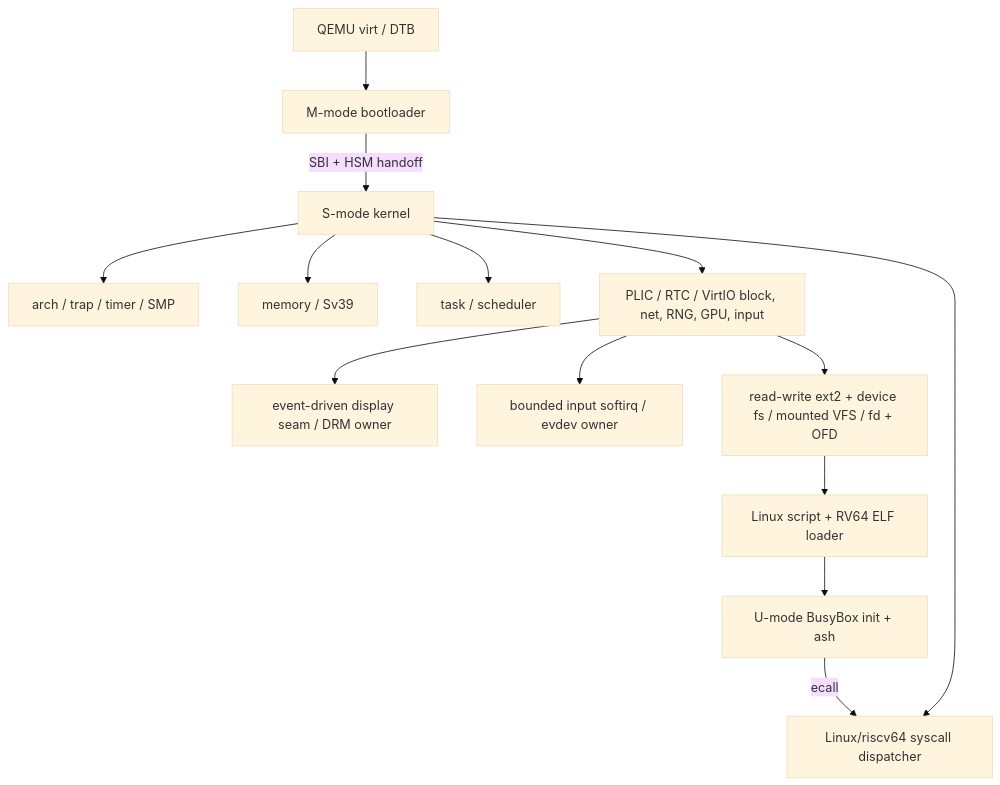
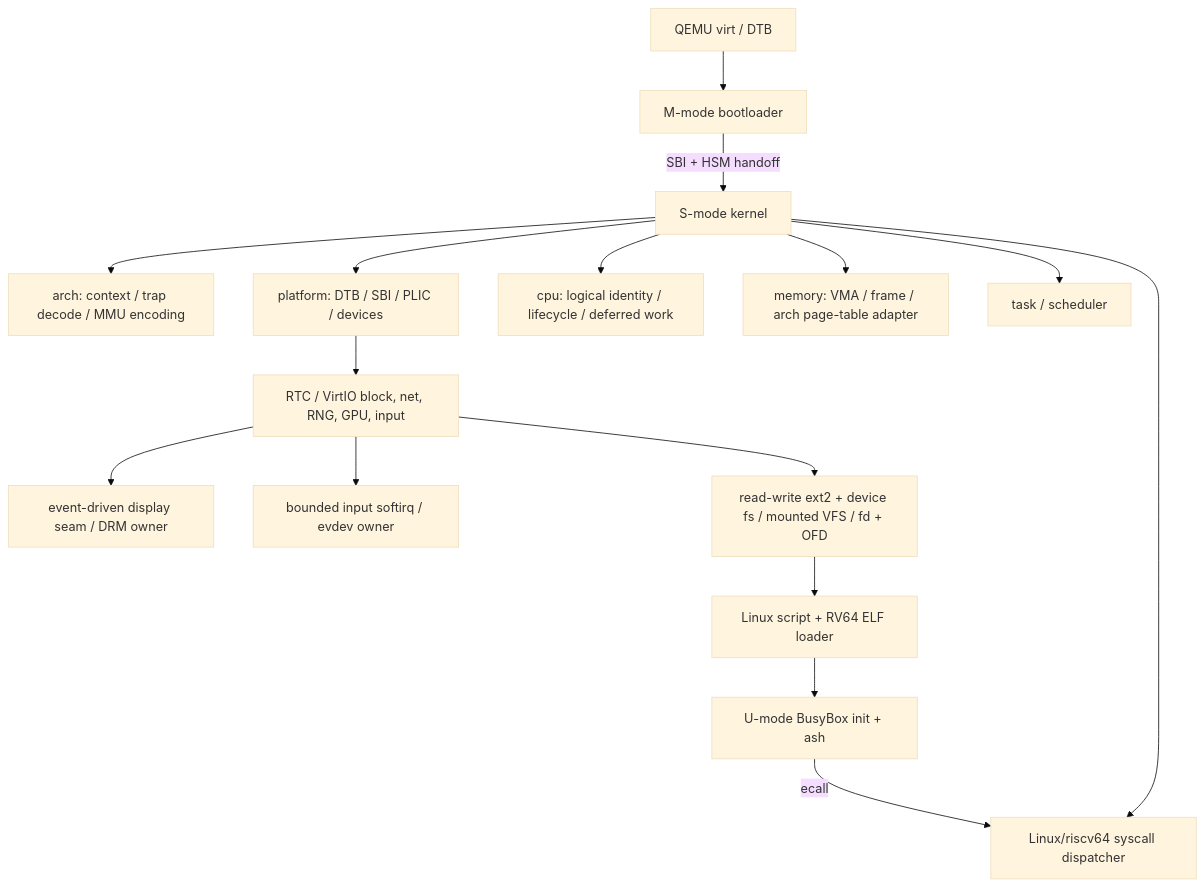
The diagram in docs/architecture.md (gitwillsky/lite_os), drawn with Mermaid (base theme) before and after one commit. The commit also changed other lines of this file and 108 other files, not shown here.

````diff
--- a/docs/architecture.md
+++ b/docs/architecture.md
@@ -27,16 +27,18 @@
 ```mermaid
 flowchart TD
     Q["QEMU virt / DTB"] --> B["M-mode bootloader"]
     B -->|"SBI + HSM handoff"| K["S-mode kernel"]
-    K --> A["arch / trap / timer / SMP"]
-    K --> M["memory / Sv39"]
+    K --> A["arch: context / trap decode / MMU encoding"]
+    K --> P["platform: DTB / SBI / PLIC / devices"]
+    K --> C["cpu: logical identity / lifecycle / deferred work"]
+    K --> M["memory: VMA / frame / arch page-table adapter"]
     K --> T["task / scheduler"]
-    K --> D["PLIC / RTC / VirtIO block, net, RNG, GPU, input"]
+    P --> D["RTC / VirtIO block, net, RNG, GPU, input"]
     D --> R["event-driven display seam / DRM owner"]
     D --> I["bounded input softirq / evdev owner"]
     D --> F["read-write ext2 + device fs / mounted VFS / fd + OFD"]
     K --> S["Linux/riscv64 syscall dispatcher"]
     F --> E["Linux script + RV64 ELF loader"]
     E --> U["U-mode BusyBox init + ash"]
     U -->|"ecall"| S
 ```
````
